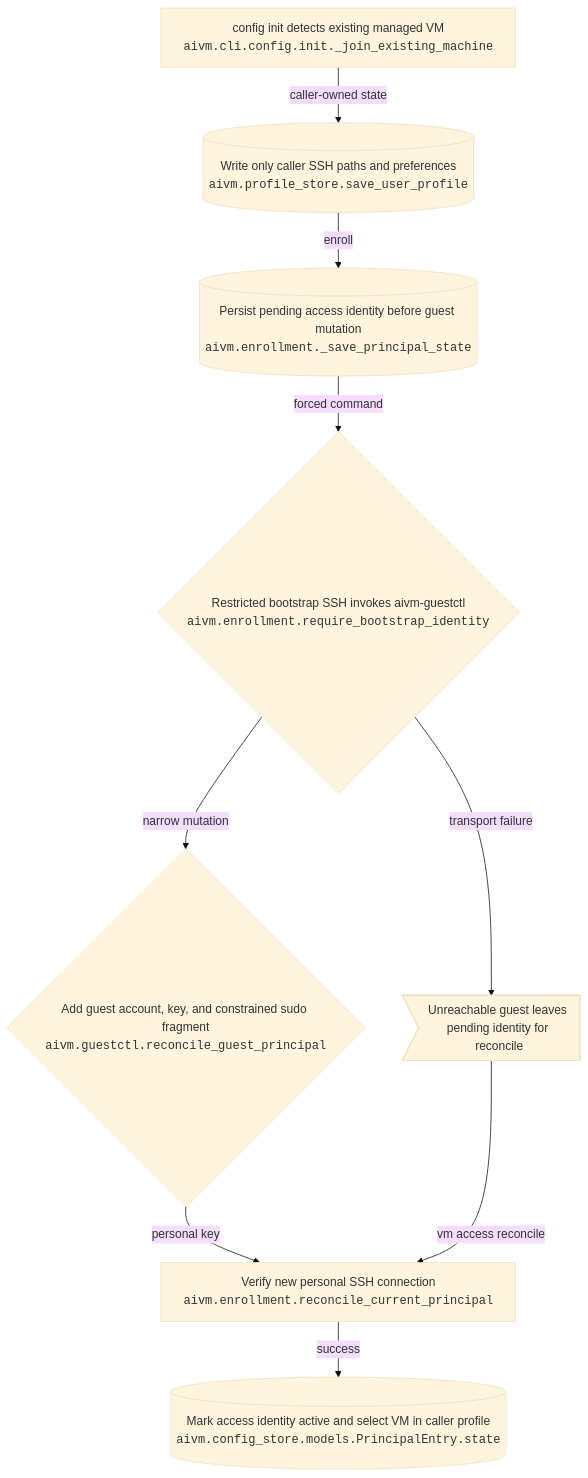
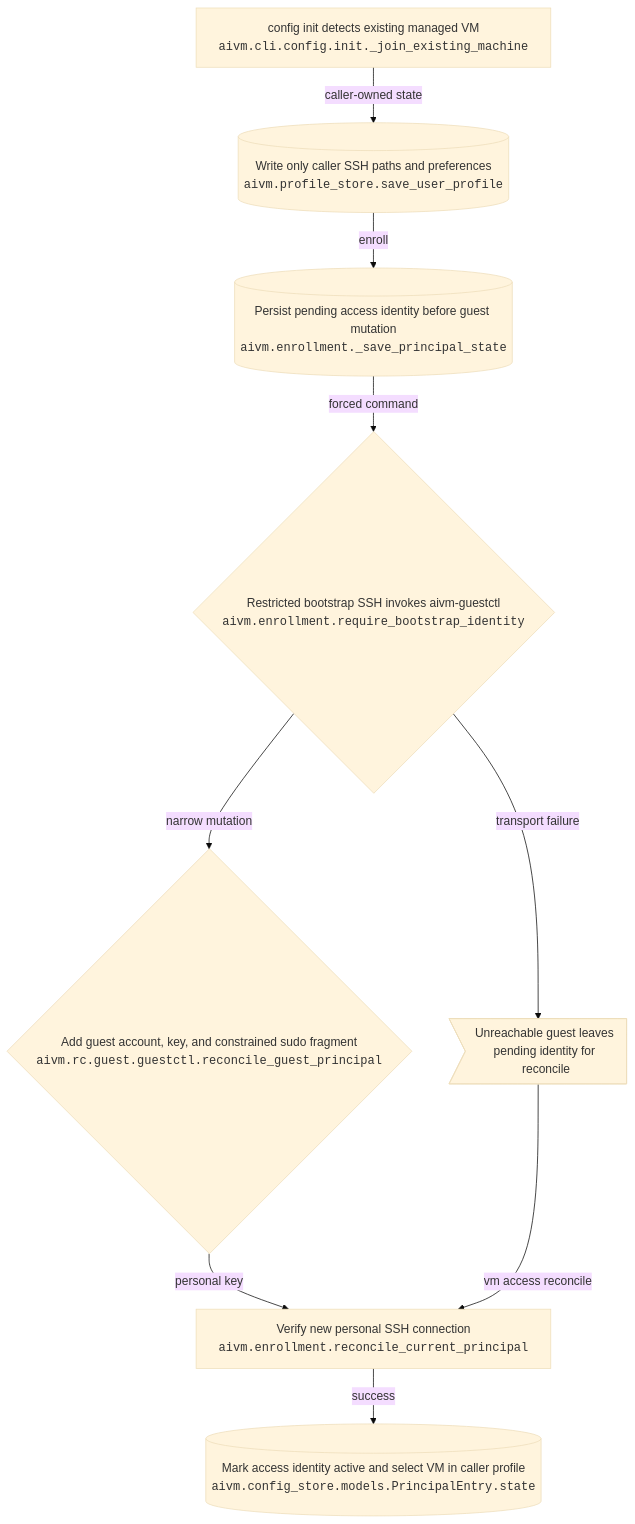
Before and after one commit to Erotemic/aivm: the diagram in docs/architecture/generated/flow-join-machine.mmd, drawn with Mermaid (base theme). The commit also changed 44 other files, not shown here.

```diff
--- a/docs/architecture/generated/flow-join-machine.mmd
+++ b/docs/architecture/generated/flow-join-machine.mmd
@@ -1,19 +1,19 @@
 %% GENERATED FILE - DO NOT EDIT
 %% generation schema: 2
 flowchart TD
     init["config init detects existing managed VM<br/><code>aivm.cli.config.init._join_existing_machine</code>"]
     profile[("Write only caller SSH paths and preferences<br/><code>aivm.profile_store.save_user_profile</code>")]
     pending[("Persist pending access identity before guest mutation<br/><code>aivm.enrollment._save_principal_state</code>")]
     bootstrap{"Restricted bootstrap SSH invokes aivm-guestctl<br/><code>aivm.enrollment.require_bootstrap_identity</code>"}
-    guest{"Add guest account, key, and constrained sudo fragment<br/><code>aivm.guestctl.reconcile_guest_principal</code>"}
+    guest{"Add guest account, key, and constrained sudo fragment<br/><code>aivm.rc.guest.guestctl.reconcile_guest_principal</code>"}
     verify["Verify new personal SSH connection<br/><code>aivm.enrollment.reconcile_current_principal</code>"]
     active[("Mark access identity active and select VM in caller profile<br/><code>aivm.config_store.models.PrincipalEntry.state</code>")]
     recoverable>"Unreachable guest leaves pending identity for reconcile"]
     init -->|caller-owned state| profile
     profile -->|enroll| pending
     pending -->|forced command| bootstrap
     bootstrap -->|narrow mutation| guest
     guest -->|personal key| verify
     verify -->|success| active
     bootstrap -->|transport failure| recoverable
     recoverable -->|vm access reconcile| verify
```
